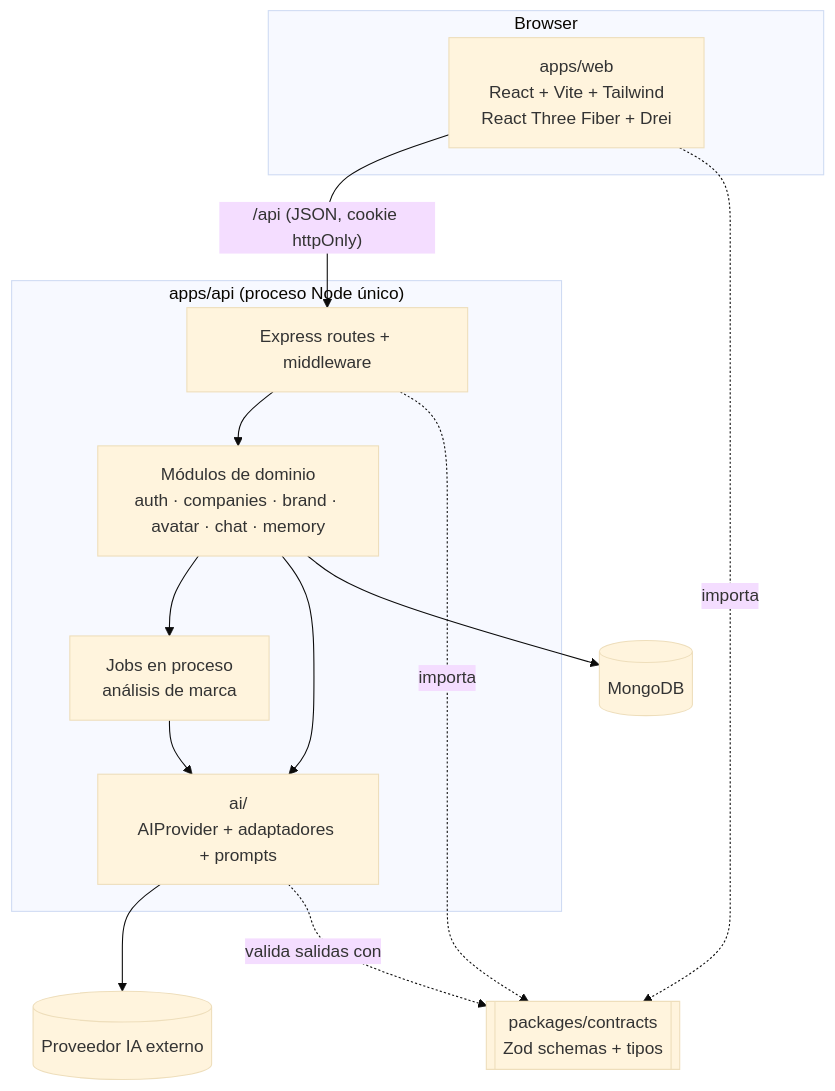
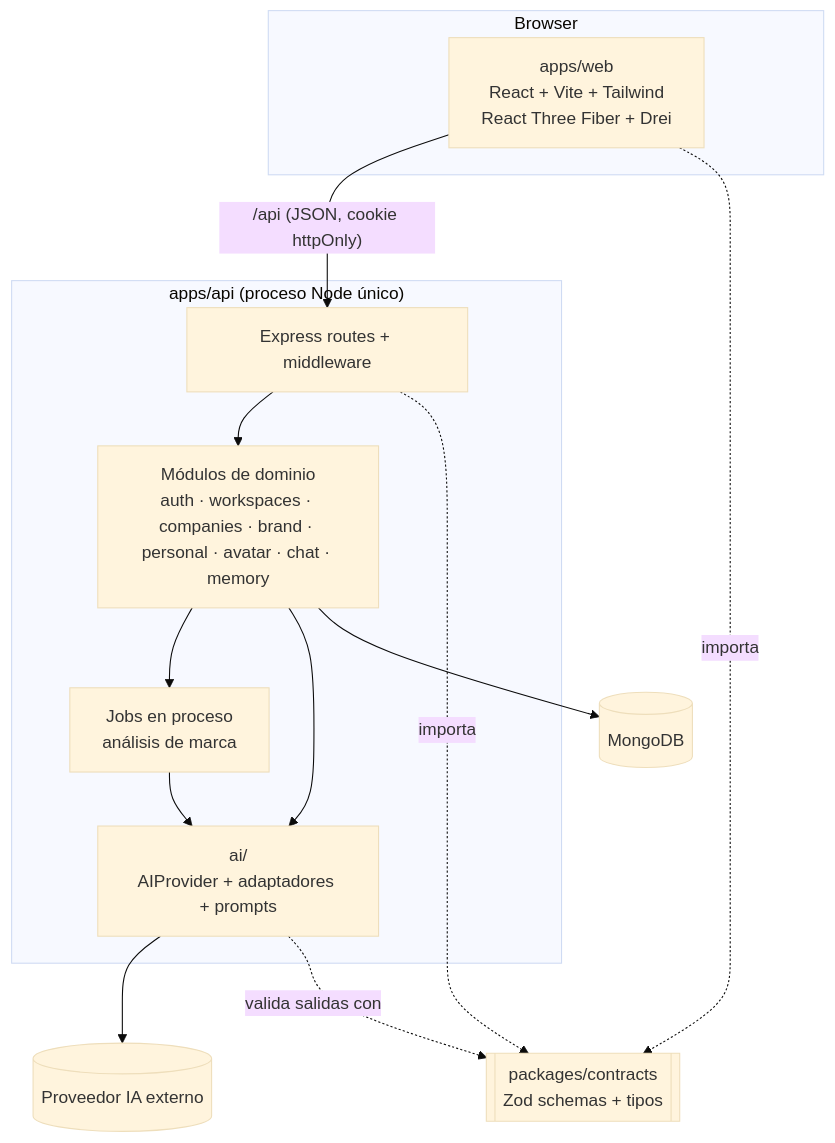
Before and after one commit to Jondelk/PixelIA: the diagram in docs/ARCHITECTURE.md, drawn with Mermaid (base theme). The commit also changed other lines of this file and 95 other files, not shown here.

````diff
--- a/docs/ARCHITECTURE.md
+++ b/docs/ARCHITECTURE.md
@@ -10,26 +10,26 @@
 ```mermaid
 flowchart TB
   subgraph Browser
     WEB["apps/web<br/>React + Vite + Tailwind<br/>React Three Fiber + Drei"]
   end
   subgraph Server["apps/api (proceso Node único)"]
     HTTP[Express routes + middleware]
-    MOD[Módulos de dominio<br/>auth · companies · brand · avatar · chat · memory]
+    MOD[Módulos de dominio<br/>auth · workspaces · companies · brand · personal · avatar · chat · memory]
     AI["ai/<br/>AIProvider + adaptadores + prompts"]
     JOB[Jobs en proceso<br/>análisis de marca]
   end
   CONTRACTS[["packages/contracts<br/>Zod schemas + tipos"]]
   DB[(MongoDB)]
   LLM[(Proveedor IA externo)]
 
   WEB -- "/api (JSON, cookie httpOnly)" --> HTTP
   HTTP --> MOD
   MOD --> JOB
   MOD --> AI
   JOB --> AI
   MOD --> DB
   AI --> LLM
   WEB -. importa .-> CONTRACTS
   HTTP -. importa .-> CONTRACTS
   AI -. valida salidas con .-> CONTRACTS
 ```
````
